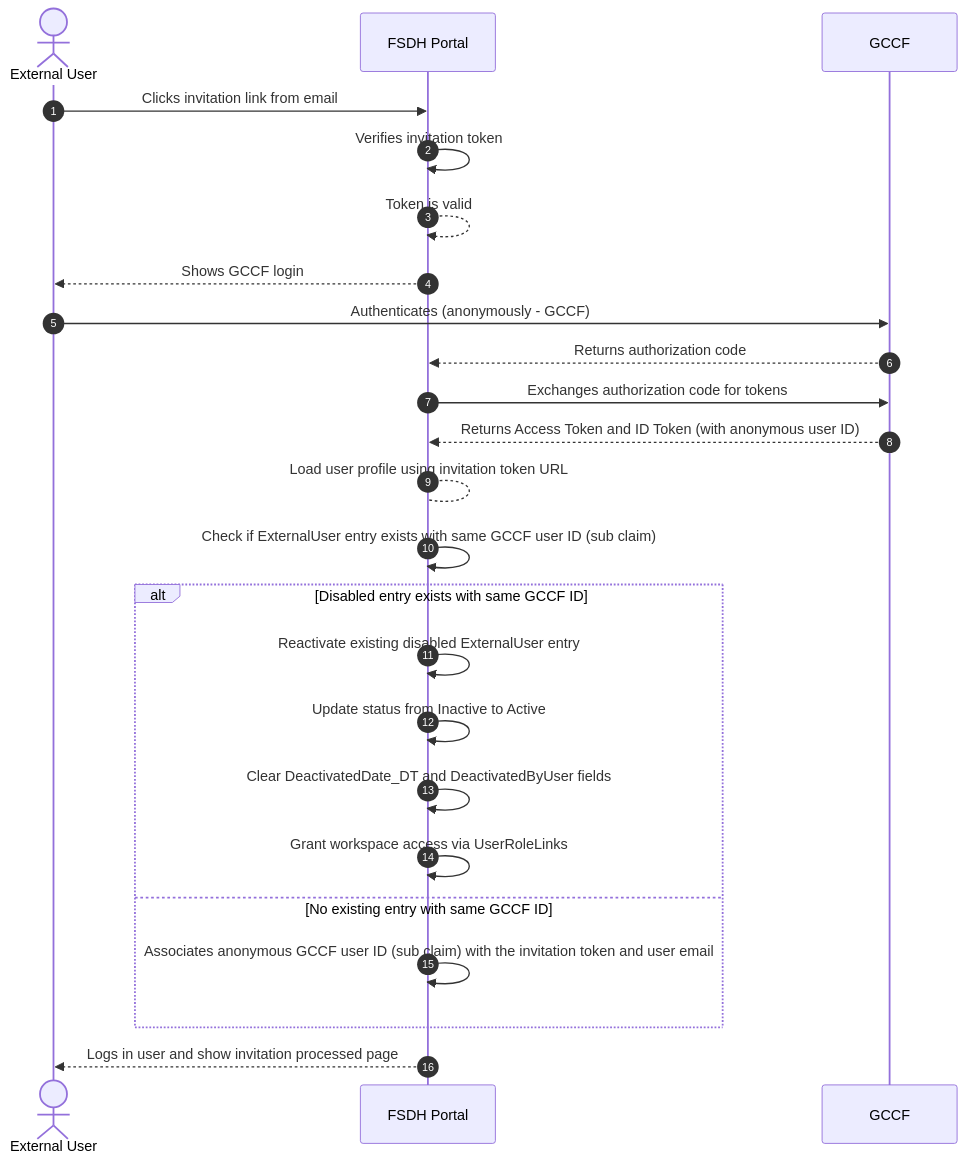
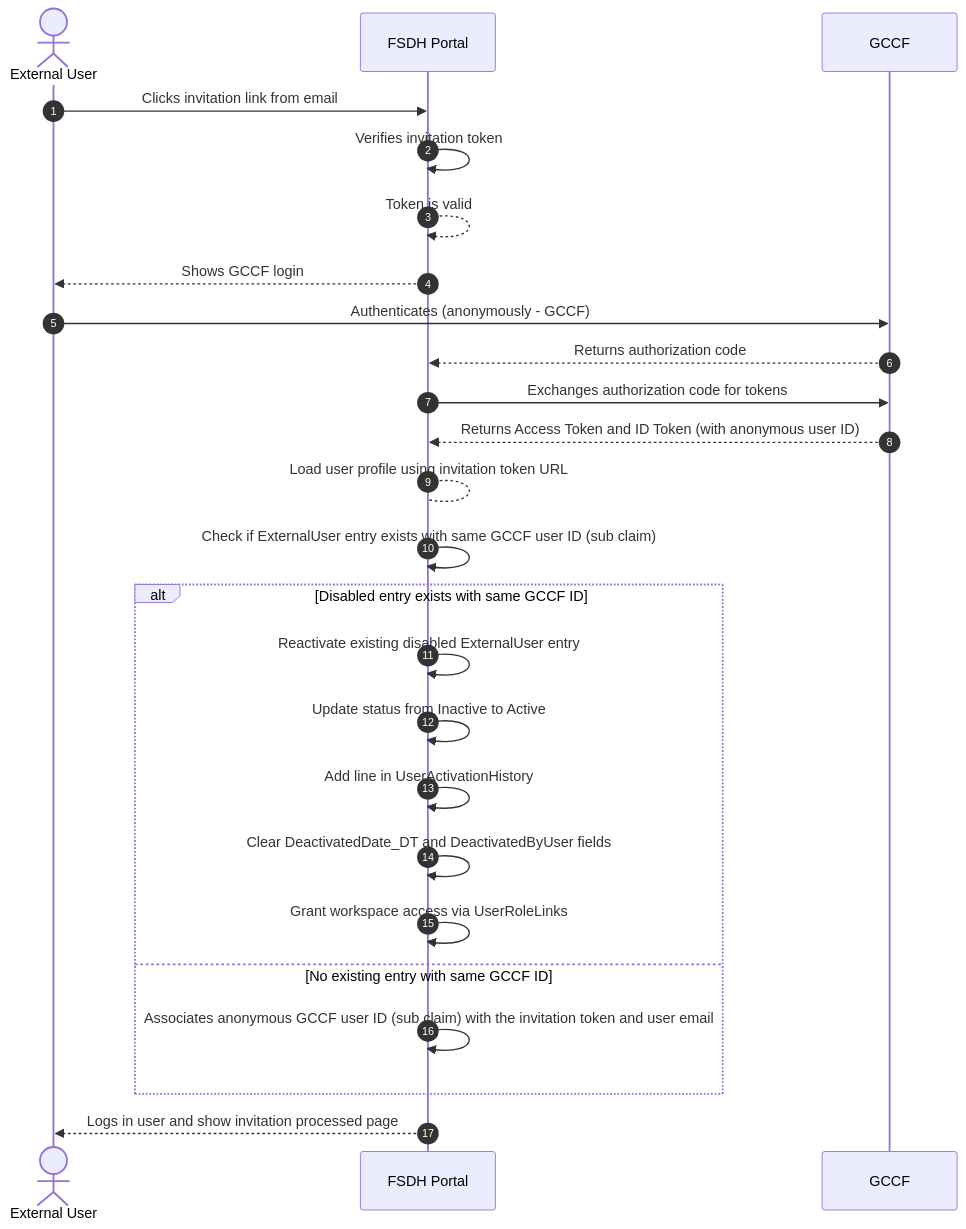
Before and after one commit to ssc-sp/datahub-docs: the sixth of 12 diagrams in DeveloperGuide/GCCF/AuthenticationFlows.md, drawn with Mermaid. The commit also changed other lines of this file and 1 other file, not shown here.

Commit message:
updated authentication flow

````diff
--- a/DeveloperGuide/GCCF/AuthenticationFlows.md
+++ b/DeveloperGuide/GCCF/AuthenticationFlows.md
@@ -171,27 +171,28 @@
 ```mermaid
 sequenceDiagram
     actor User as External User
     participant FSDH as FSDH Portal
     participant GCCF as GCCF
 
     autonumber
     User->>FSDH: Clicks invitation link from email
     FSDH->>FSDH: Verifies invitation token
     FSDH-->>FSDH: Token is valid
     FSDH-->>User: Shows GCCF login
     User->>GCCF: Authenticates (anonymously - GCCF)
     GCCF-->>FSDH: Returns authorization code
     FSDH->>GCCF: Exchanges authorization code for tokens
     GCCF-->>FSDH: Returns Access Token and ID Token (with anonymous user ID)
     FSDH-->FSDH: Load user profile using invitation token URL
     FSDH->>FSDH: Check if ExternalUser entry exists with same GCCF user ID (sub claim)
     alt Disabled entry exists with same GCCF ID
         FSDH->>FSDH: Reactivate existing disabled ExternalUser entry
         FSDH->>FSDH: Update status from Inactive to Active
+        FSDH->>FSDH: Add line in UserActivationHistory
         FSDH->>FSDH: Clear DeactivatedDate_DT and DeactivatedByUser fields
         FSDH->>FSDH: Grant workspace access via UserRoleLinks
     else No existing entry with same GCCF ID
         FSDH->>FSDH: Associates anonymous GCCF user ID (sub claim) with the invitation token and user email
     end
     FSDH-->>User: Logs in user and show invitation processed page    
 ```
````
